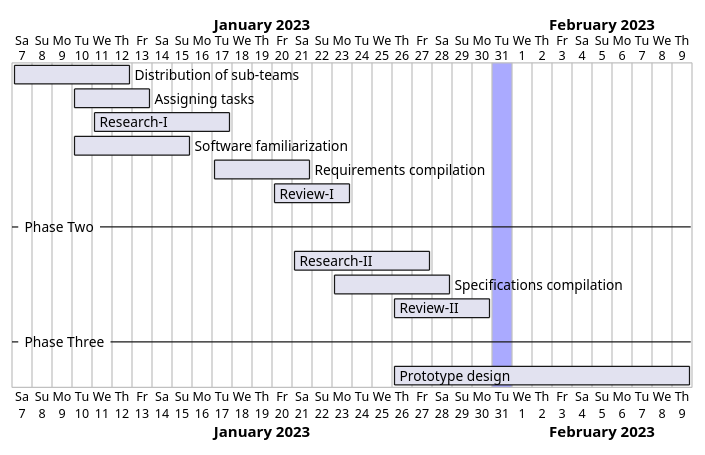
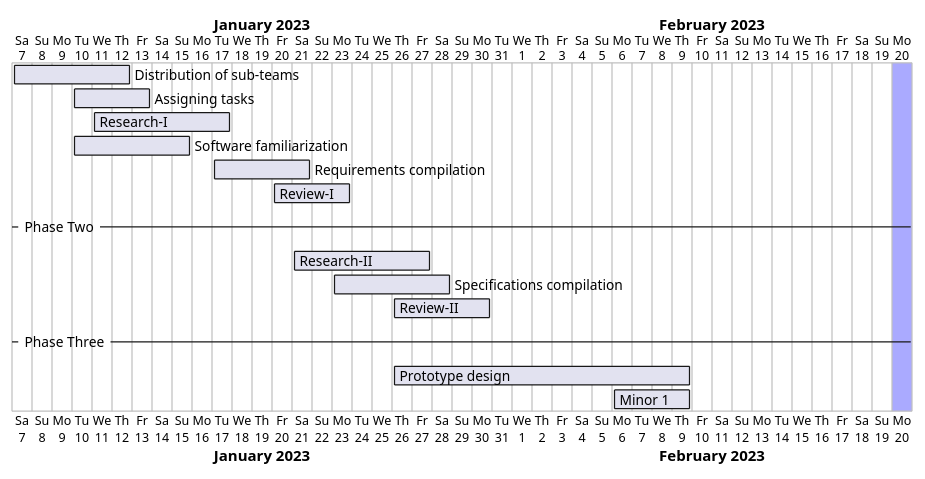
Before and after one commit to vishvesh09patel/test: the third of 3 diagrams in CADMUS_Report_Week_4.adoc, drawn with PlantUML. The commit also changed other lines of this file and 10 other files, not shown here.

```diff
--- a/CADMUS_Report_Week_4.adoc
+++ b/CADMUS_Report_Week_4.adoc
@@ -544,30 +544,32 @@
 [plantuml,svg]
 ----
-@startgantt
-[Distribution of sub-teams] lasts 6 days
-[Assigning tasks] lasts 4 days
-[Research-I] lasts 7 days
-[Software familiarization] lasts 6 days
-[Requirements compilation] lasts 5 days
+@startgantt 
+[Distribution of sub-teams] lasts 6 days 
+[Assigning tasks] lasts 4 days 
+[Research-I] lasts 7 days 
+[Software familiarization] lasts 6 days 
+[Requirements compilation] lasts 5 days 
 [Review-I] lasts 4 days
--- Phase Two --
-[Research-II] lasts 7 days
-[Specifications compilation] lasts 6 days
-[Review-II] lasts 5 days
--- Phase Three --
-[Prototype design] lasts 15 days
+-- Phase Two -- 
+[Research-II] lasts 7 days 
+[Specifications compilation] lasts 6 days 
+[Review-II] lasts 5 days 
+-- Phase Three -- 
+[Prototype design] lasts 15 days 
+[Minor 1] lasts 4 days
 
-Project starts 2023-01-07
+Project starts 2023-01-07 
 [Distribution of sub-teams] starts 2023-01-07
-[Assigning tasks] starts 2023-01-10
+[Assigning tasks] starts 2023-01-10 
 [Research-I] starts 2023-01-11
-[Software familiarization] starts 2023-01-10
-[Requirements compilation] starts 2023-01-17
-[Review-I] starts 2023-01-20
-[Research-II] starts 2023-01-21
-[Specifications compilation] starts 2023-01-23
-[Review-II] starts 2023-01-26
-[Prototype design] starts 2023-01-26
-today is 24 days after start and is colored in #AAF
+[Software familiarization] starts 2023-01-10 
+[Requirements compilation] starts 2023-01-17 
+[Review-I] starts 2023-01-20 
+[Research-II] starts 2023-01-21 
+[Specifications compilation] starts 2023-01-23 
+[Review-II] starts 2023-01-26 
+[Prototype design] starts 2023-01-26 
+[Minor 1] starts 2023-02-06 
+today is 44 days after start and is colored in #AAF 
 @endgantt
 ----
```
